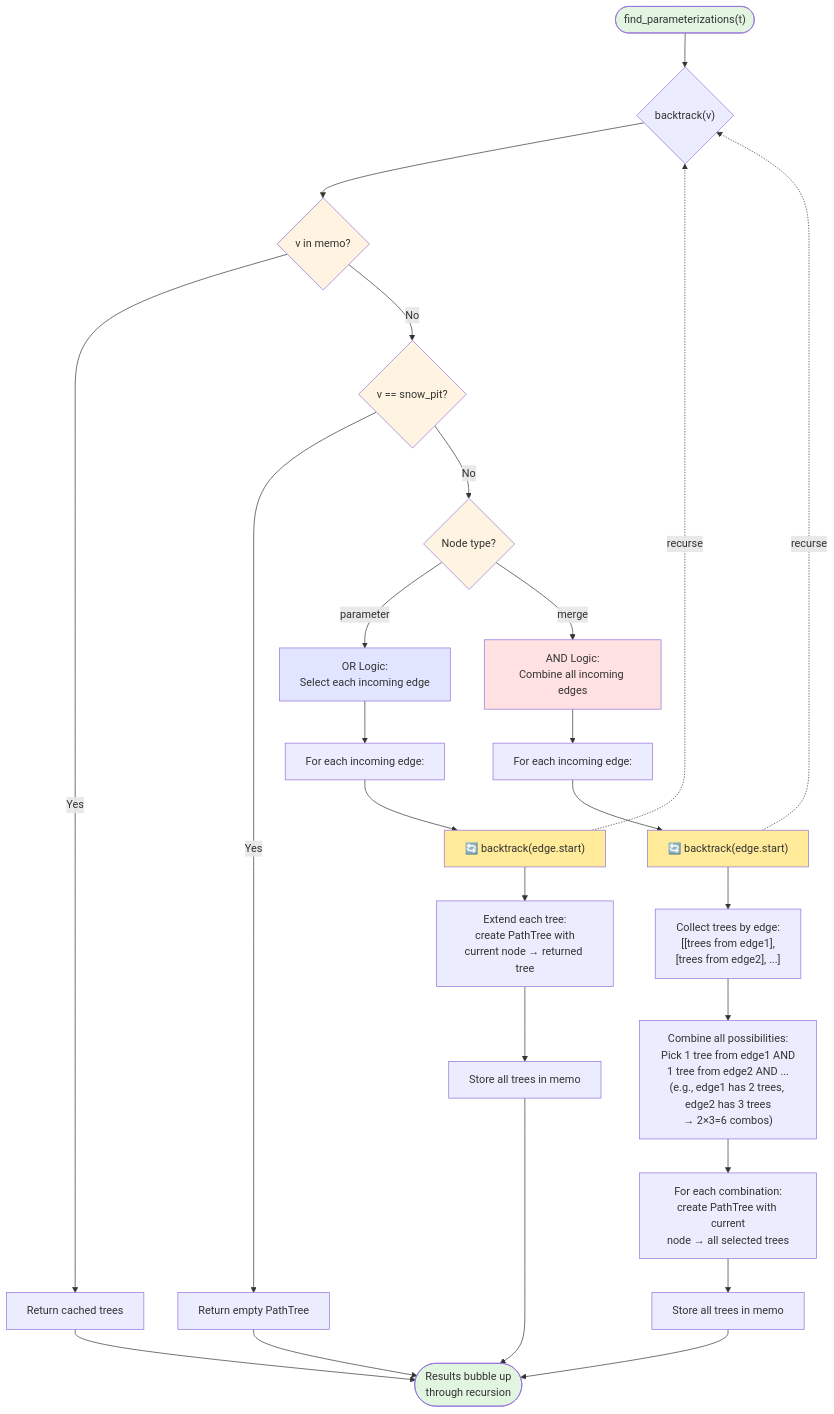
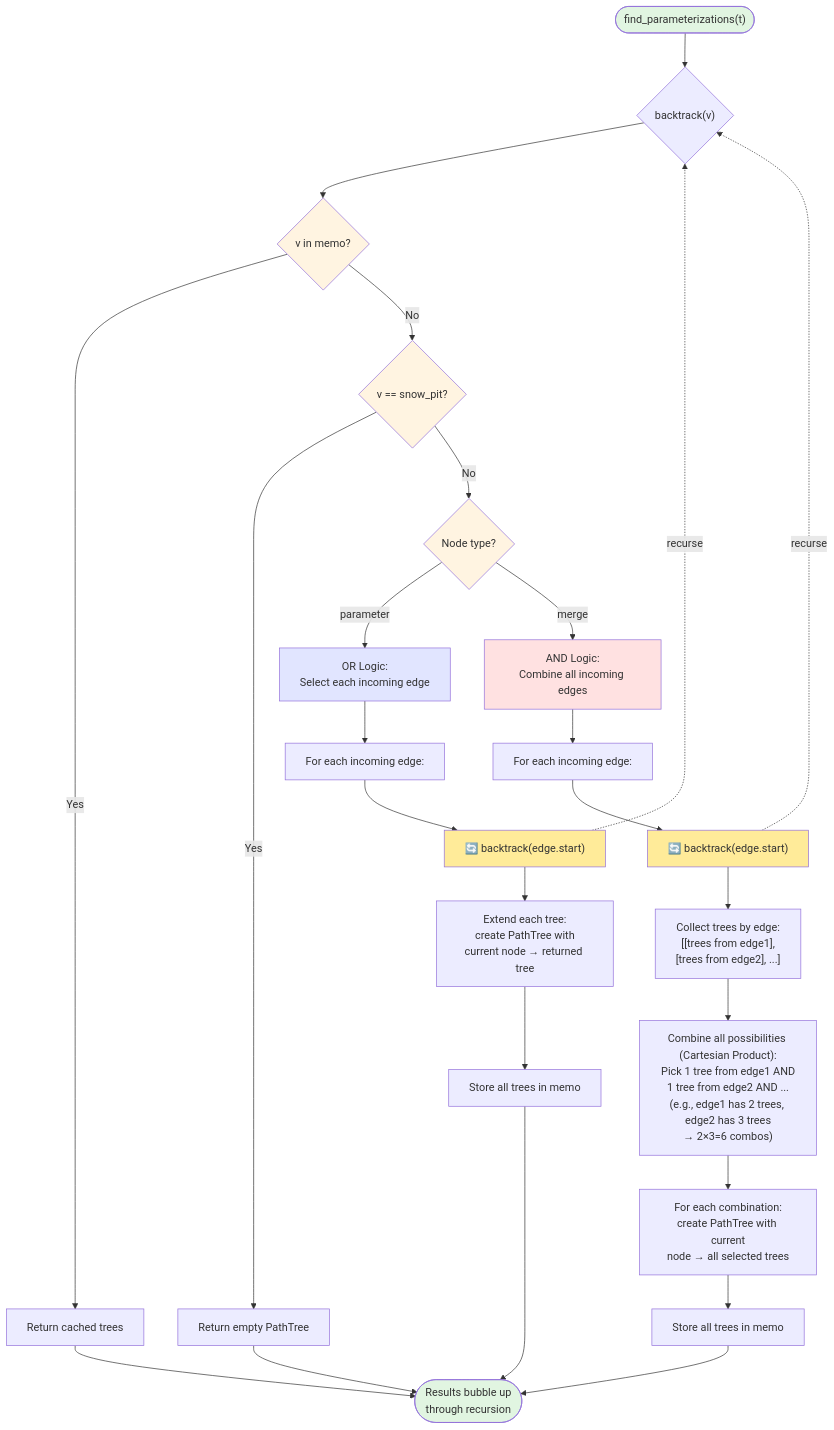
One commit to connellymk/SnowPyt-MechParams changed the diagram in algorithm/algorithm_flowchart.md. Above: the diagram before and after it, drawn with Mermaid.

````diff
--- a/algorithm/algorithm_flowchart.md
+++ b/algorithm/algorithm_flowchart.md
@@ -5,44 +5,44 @@
 ```mermaid
 flowchart TD
     Start(["find_parameterizations(t)"]) --> Backtrack{"backtrack(v)"}
     
     Backtrack --> CheckMemo{v in memo?}
     CheckMemo -->|Yes| Return[Return cached trees]
     CheckMemo -->|No| CheckBase{v == snow_pit?}
     
     CheckBase -->|Yes| BaseCase[Return empty PathTree]
     CheckBase -->|No| CheckType{Node type?}
     
     CheckType -->|parameter| ParamLogic["OR Logic:<br/>Select each incoming edge"]
     CheckType -->|merge| MergeLogic["AND Logic:<br/>Combine all incoming edges"]
     
     ParamLogic --> ForEachEdge["For each incoming edge:"]
     ForEachEdge --> RecurseParam["🔄 backtrack(edge.start)"]
     RecurseParam -.->|recurse| Backtrack
     RecurseParam --> BuildParam["Extend each tree:<br/>create PathTree with<br/>current node → returned tree"]
     BuildParam --> StoreParam[Store all trees in memo]
     
     MergeLogic --> ForEachInput["For each incoming edge:"]
     ForEachInput --> RecurseMerge["🔄 backtrack(edge.start)"]
     RecurseMerge -.->|recurse| Backtrack
     RecurseMerge --> GroupInputs["Collect trees by edge:<br/>[[trees from edge1],<br/>[trees from edge2], ...]"]
-    GroupInputs --> CombineAll["Combine all possibilities:<br/>Pick 1 tree from edge1 AND<br/>1 tree from edge2 AND ...<br/>(e.g., edge1 has 2 trees, edge2 has 3 trees<br/>→ 2×3=6 combos)"]
+    GroupInputs --> CombineAll["Combine all possibilities (Cartesian Product):<br/>Pick 1 tree from edge1 AND<br/>1 tree from edge2 AND ...<br/>(e.g., edge1 has 2 trees, edge2 has 3 trees<br/>→ 2×3=6 combos)"]
     CombineAll --> BuildMerge["For each combination:<br/>create PathTree with current<br/>node → all selected trees"]
     BuildMerge --> StoreMerge[Store all trees in memo]
     
     StoreParam --> End
     StoreMerge --> End
     BaseCase --> End
     Return --> End
     End([Results bubble up<br/>through recursion])
     
     style Start fill:#e1f5e1
     style End fill:#e1f5e1
     style CheckMemo fill:#fff4e1
     style CheckBase fill:#fff4e1
     style CheckType fill:#fff4e1
     style ParamLogic fill:#e1e5ff
     style MergeLogic fill:#ffe1e1
     style RecurseParam fill:#ffeb99
     style RecurseMerge fill:#ffeb99
 ```
````
